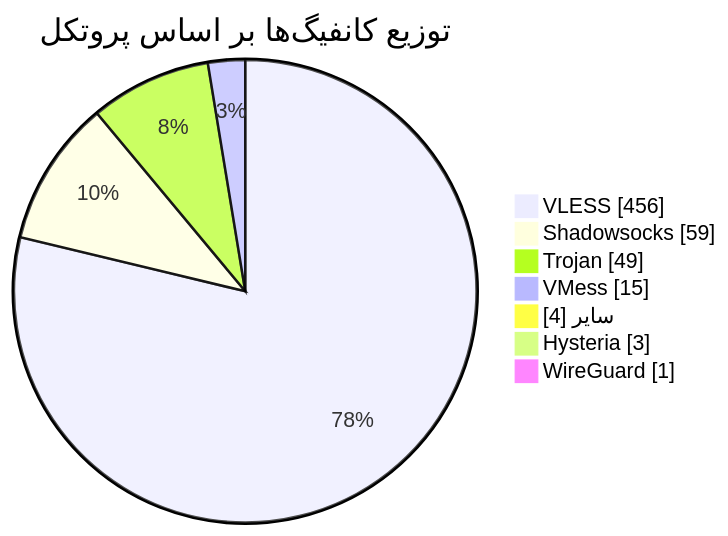
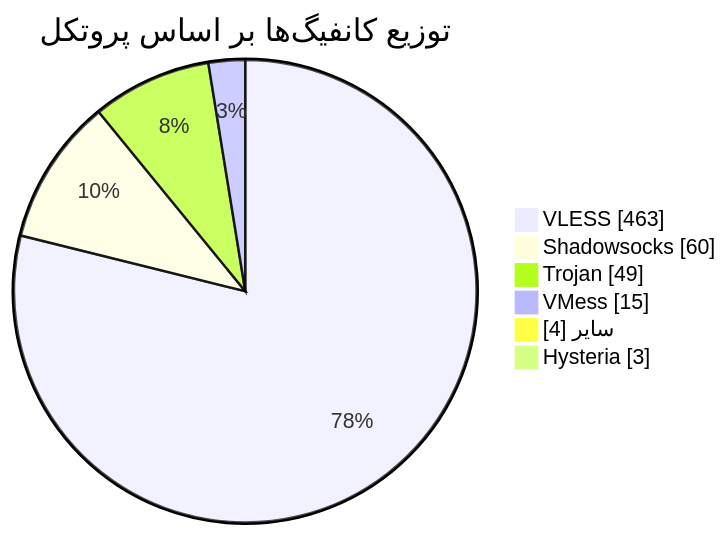
One commit to Arian-Alijani/Somthing changed the diagram in README.md. Above: the diagram before and after it, drawn with Mermaid. The commit also changed other lines of this file and 15 other files, not shown here.

````diff
--- a/README.md
+++ b/README.md
@@ -49,11 +48,10 @@
 ```mermaid
 pie showData
     title توزیع کانفیگ‌ها بر اساس پروتکل
-    "VLESS" : 456
-    "Shadowsocks" : 59
+    "VLESS" : 463
+    "Shadowsocks" : 60
     "Trojan" : 49
     "VMess" : 15
     "سایر" : 4
     "Hysteria" : 3
-    "WireGuard" : 1
 ```
````
